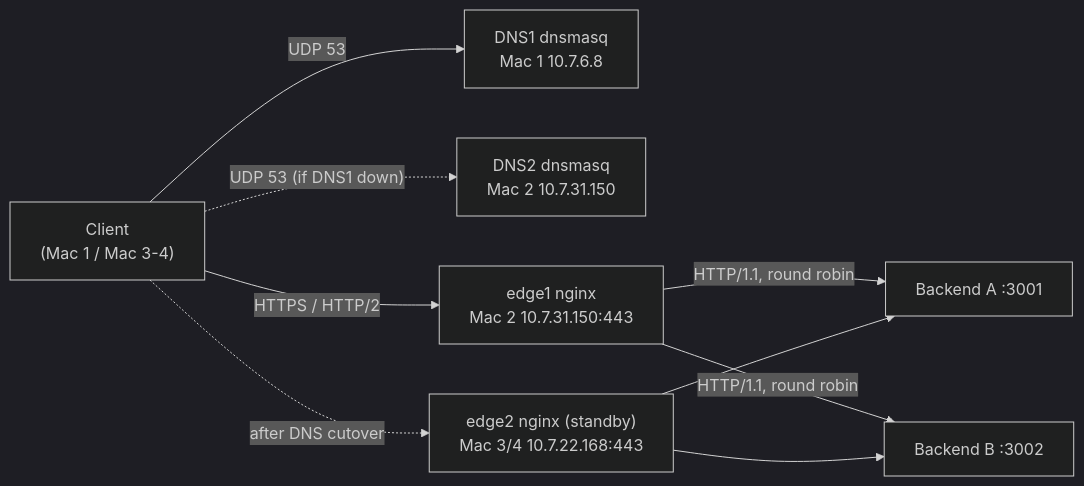
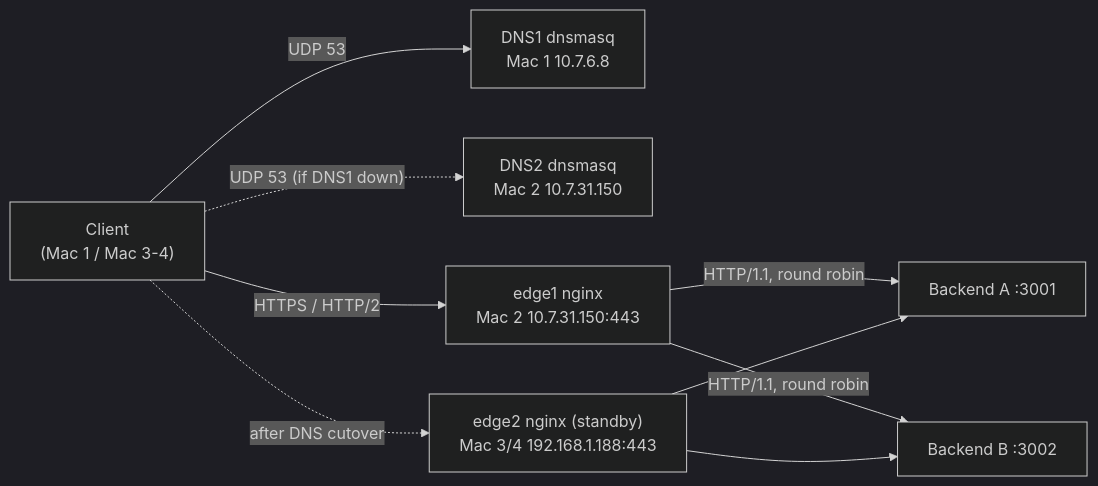
One commit to antik1108/Private-Network-Service-Platform- changed the diagram in README.md. Above: the diagram before and after it, drawn with Mermaid (dark theme). The commit also changed other lines of this file and 12 other files, not shown here.

````diff
--- a/README.md
+++ b/README.md
@@ -25,16 +25,16 @@
 ```mermaid
 flowchart LR
     client["Client<br/>(Mac 1 / Mac 3-4)"]
     dns1["DNS1 dnsmasq<br/>Mac 1 10.7.6.8"]
     dns2["DNS2 dnsmasq<br/>Mac 2 10.7.31.150"]
     edge1["edge1 nginx<br/>Mac 2 10.7.31.150:443"]
-    edge2["edge2 nginx (standby)<br/>Mac 3/4 10.7.22.168:443"]
+    edge2["edge2 nginx (standby)<br/>Mac 3/4 192.168.1.188:443"]
     a["Backend A :3001"]
     b["Backend B :3002"]
     client -- "UDP 53" --> dns1
     client -. "UDP 53 (if DNS1 down)" .-> dns2
     client -- "HTTPS / HTTP/2" --> edge1
     client -. "after DNS cutover" .-> edge2
     edge1 -- "HTTP/1.1, round robin" --> a & b
     edge2 --> a & b
 ```
````
